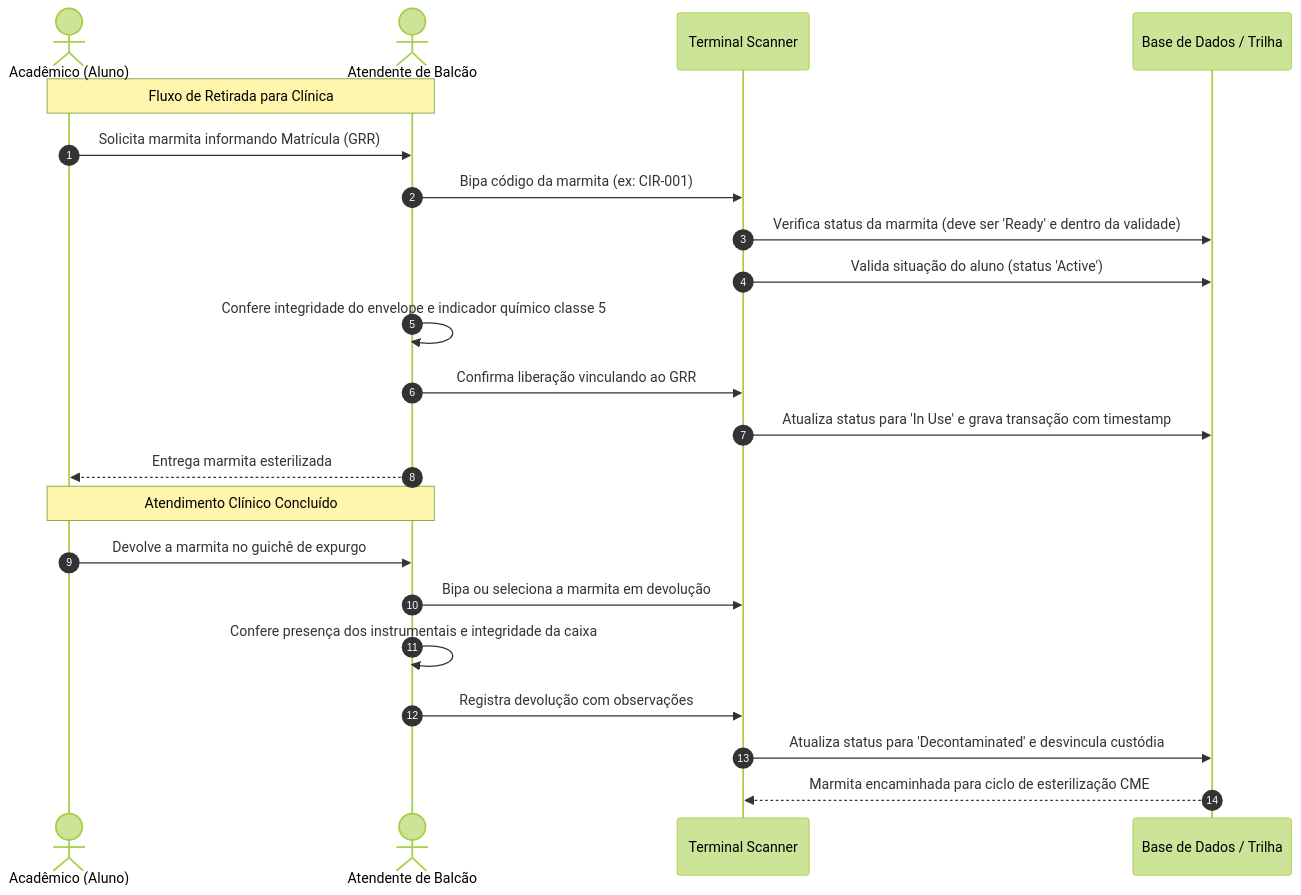
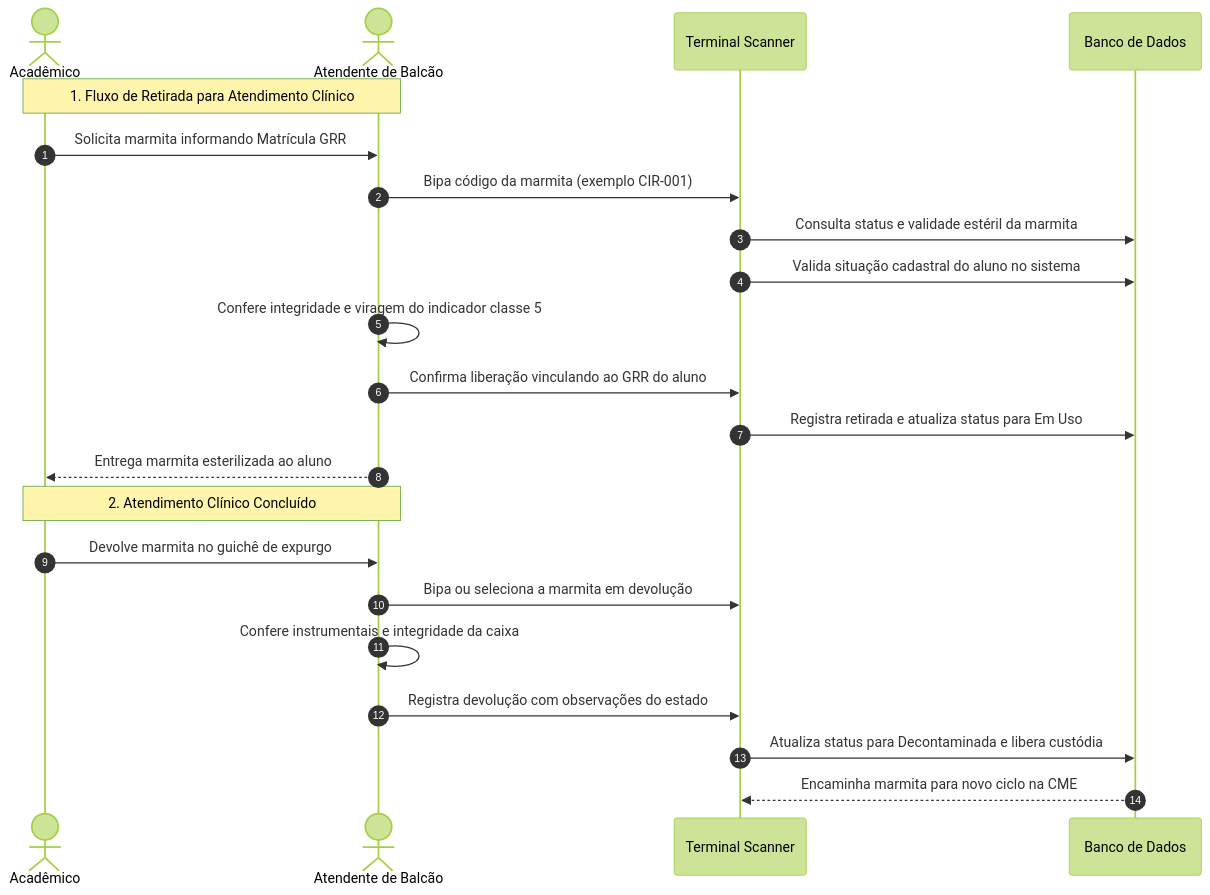
One commit to matheus-gabriel-les/Projeto-BigDente-v2 changed the third of 4 diagrams in README.md. Above: the diagram before and after it, drawn with Mermaid (forest theme). The commit also changed other lines of this file, not shown here.

First line of the commit message:
docs: update RBAC flowchart in README

````diff
--- a/README.md
+++ b/README.md
@@ -84,26 +91,26 @@
 ```mermaid
 sequenceDiagram
     autonumber
-    actor A as Acadêmico (Aluno)
+    actor A as Acadêmico
     actor B as Atendente de Balcão
     participant S as Terminal Scanner
-    participant DB as Base de Dados / Trilha
+    participant DB as Banco de Dados
 
-    Note over A,B: Fluxo de Retirada para Clínica
-    A->>B: Solicita marmita informando Matrícula (GRR)
-    B->>S: Bipa código da marmita (ex: CIR-001)
-    S->>DB: Verifica status da marmita (deve ser 'Ready' e dentro da validade)
-    S->>DB: Valida situação do aluno (status 'Active')
-    B->>B: Confere integridade do envelope e indicador químico classe 5
-    B->>S: Confirma liberação vinculando ao GRR
-    S->>DB: Atualiza status para 'In Use' e grava transação com timestamp
-    B-->>A: Entrega marmita esterilizada
+    Note over A,B: 1. Fluxo de Retirada para Atendimento Clínico
+    A->>B: Solicita marmita informando Matrícula GRR
+    B->>S: Bipa código da marmita (exemplo CIR-001)
+    S->>DB: Consulta status e validade estéril da marmita
+    S->>DB: Valida situação cadastral do aluno no sistema
+    B->>B: Confere integridade e viragem do indicador classe 5
+    B->>S: Confirma liberação vinculando ao GRR do aluno
+    S->>DB: Registra retirada e atualiza status para Em Uso
+    B-->>A: Entrega marmita esterilizada ao aluno
 
-    Note over A,B: Atendimento Clínico Concluído
-    A->>B: Devolve a marmita no guichê de expurgo
+    Note over A,B: 2. Atendimento Clínico Concluído
+    A->>B: Devolve marmita no guichê de expurgo
     B->>S: Bipa ou seleciona a marmita em devolução
-    B->>B: Confere presença dos instrumentais e integridade da caixa
-    B->>S: Registra devolução com observações
-    S->>DB: Atualiza status para 'Decontaminated' e desvincula custódia
-    DB-->>S: Marmita encaminhada para ciclo de esterilização CME
+    B->>B: Confere instrumentais e integridade da caixa
+    B->>S: Registra devolução com observações do estado
+    S->>DB: Atualiza status para Decontaminada e libera custódia
+    DB-->>S: Encaminha marmita para novo ciclo na CME
 ```
````
